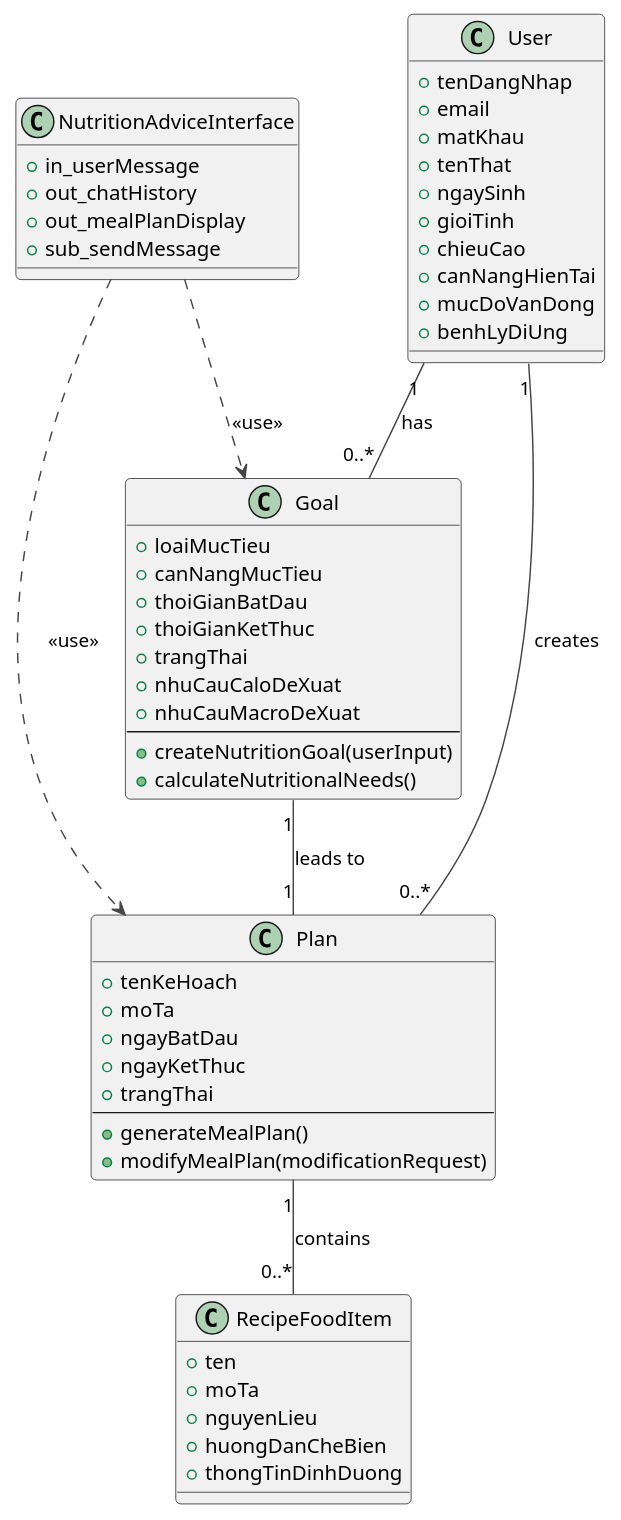
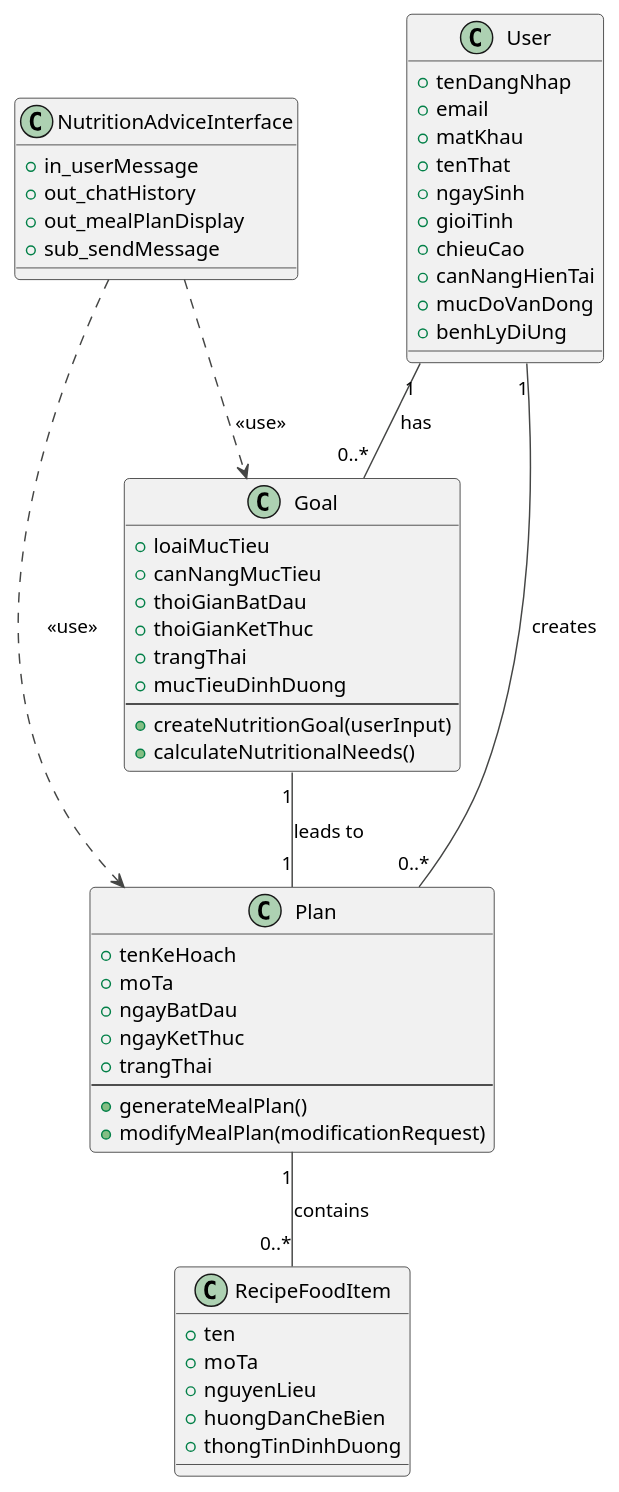
One commit to LQTam787/Thesis changed the diagram in Analysis/Class/Uml/NutritionAdviceAnalysis.puml. Above: the diagram before and after it, drawn with PlantUML. The commit also changed 23 other files, not shown here.

```diff
--- a/Analysis/Class/Uml/NutritionAdviceAnalysis.puml
+++ b/Analysis/Class/Uml/NutritionAdviceAnalysis.puml
@@ -1,69 +1,68 @@
 @startuml NutritionAdviceAnalysis
 
 !theme vibrant
 
 ' Boundary Class
 class NutritionAdviceInterface {
   +in_userMessage
   +out_chatHistory
   +out_mealPlanDisplay
   +sub_sendMessage
 }
 
 ' Entity Classes
 class User {
   +tenDangNhap
   +email
   +matKhau
   +tenThat
   +ngaySinh
   +gioiTinh
   +chieuCao
   +canNangHienTai
   +mucDoVanDong
   +benhLyDiUng
 }
 
 class Goal {
   +loaiMucTieu
   +canNangMucTieu
   +thoiGianBatDau
   +thoiGianKetThuc
   +trangThai
-  +nhuCauCaloDeXuat
-  +nhuCauMacroDeXuat
+  +mucTieuDinhDuong
   --
   +createNutritionGoal(userInput)
   +calculateNutritionalNeeds()
 }
 
 class Plan {
   +tenKeHoach
   +moTa
   +ngayBatDau
   +ngayKetThuc
   +trangThai
   --
   +generateMealPlan()
   +modifyMealPlan(modificationRequest)
 }
 
 class RecipeFoodItem {
   +ten
   +moTa
   +nguyenLieu
   +huongDanCheBien
   +thongTinDinhDuong
 }
 
 ' Relationships
 NutritionAdviceInterface ..> Goal : <<use>>
 NutritionAdviceInterface ..> Plan : <<use>>
 
 User "1" -- "0..*" Goal : has
 User "1" -- "0..*" Plan : creates
 
 Goal "1" -- "1" Plan : leads to
 Plan "1" -- "0..*" RecipeFoodItem : contains
 
 @enduml
```
